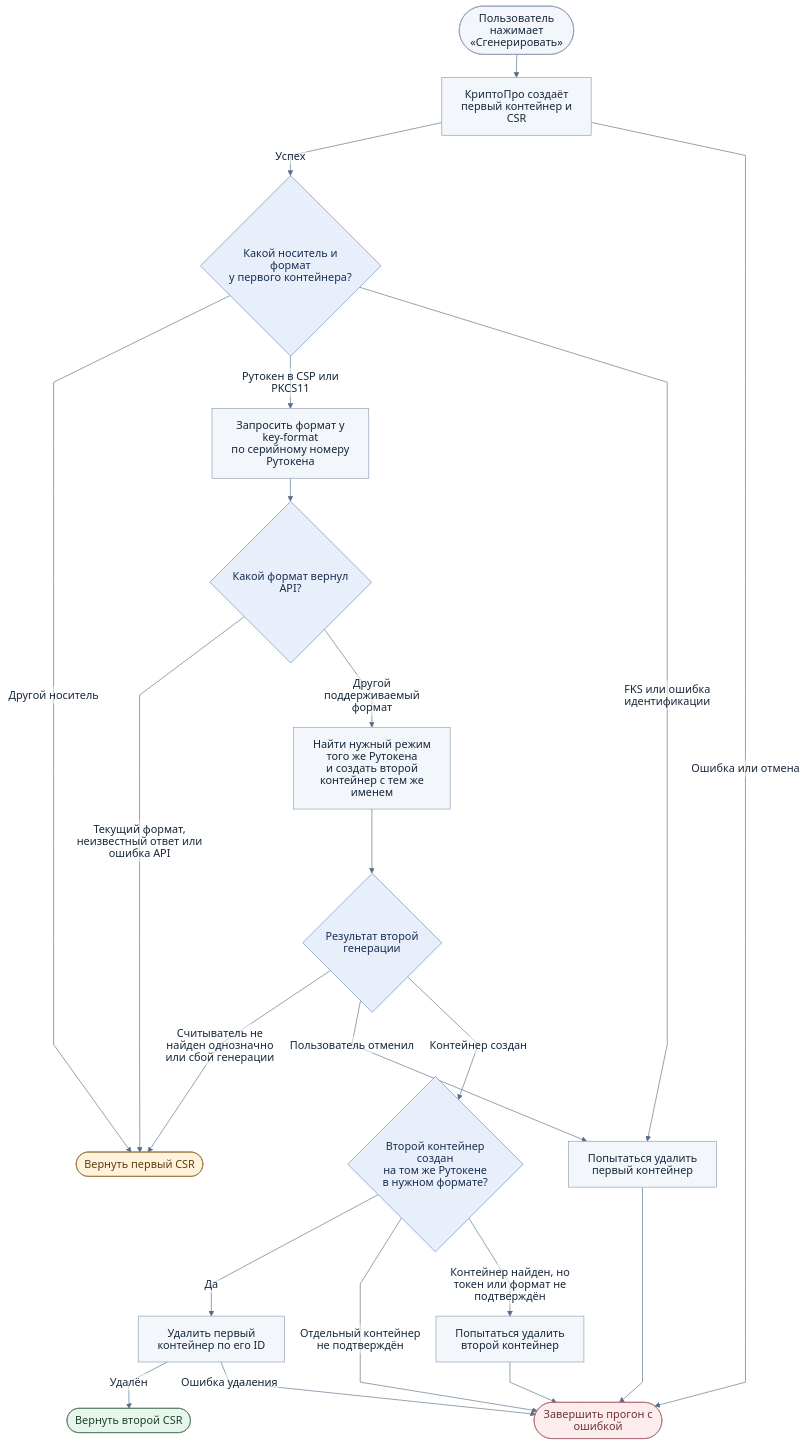
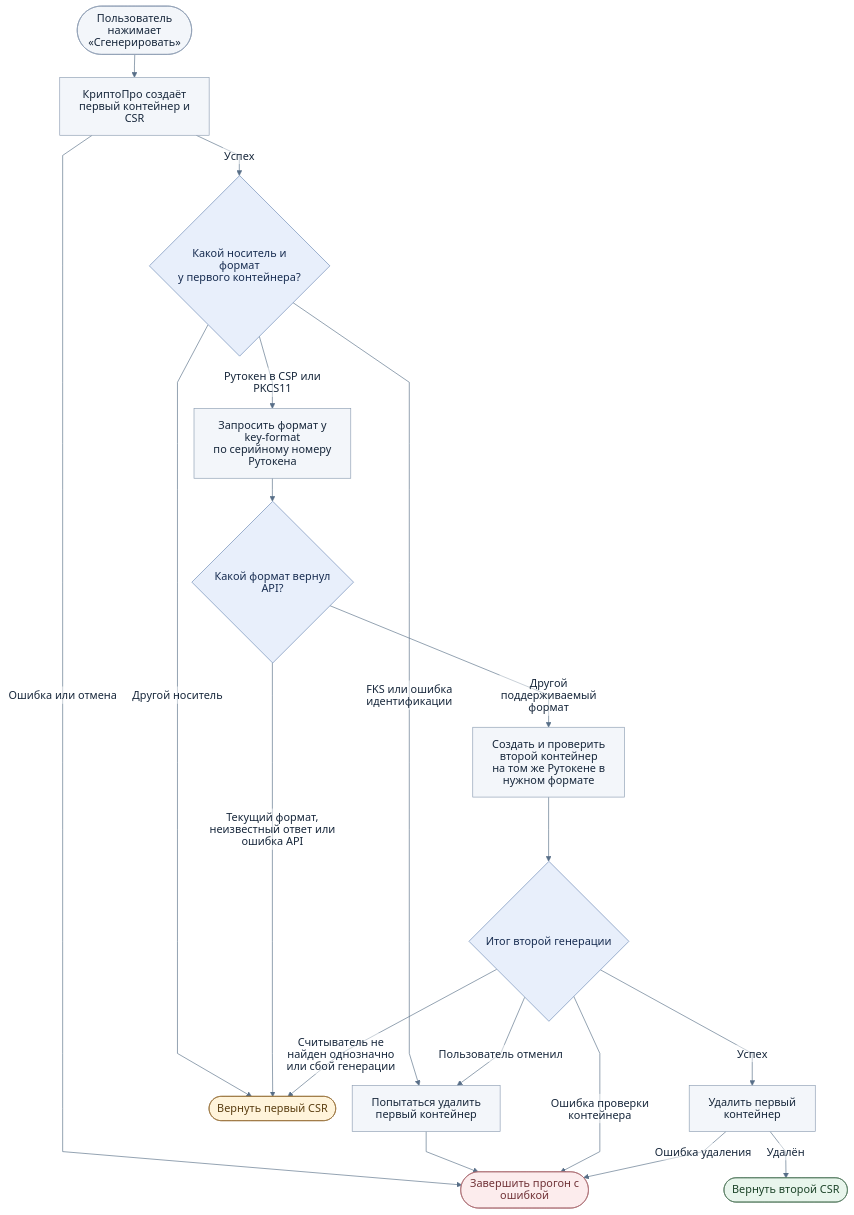
The diagram in reissue/reissue-flow.mmd (psevdomak/crypto-test), drawn with Mermaid before and after one commit. The commit also changed 2 other files, not shown here.

Commit message:
Combine final-container generation and verification in the diagram

```diff
--- a/reissue/reissue-flow.mmd
+++ b/reissue/reissue-flow.mmd
@@ -1,65 +1,61 @@
 ---
 config:
   theme: base
   htmlLabels: false
   themeCSS: |
     text { font-family: system-ui, sans-serif; }
     .background { fill: #fff; }
   themeVariables:
     fontFamily: 'system-ui, sans-serif'
     fontSize: '17px'
     primaryColor: '#f3f6fa'
     primaryTextColor: '#17273b'
     primaryBorderColor: '#8c9db2'
     lineColor: '#576e87'
     edgeLabelBackground: '#ffffff'
   flowchart:
     curve: linear
     nodeSpacing: 24
     rankSpacing: 36
 ---
 flowchart TD
     accTitle: Динамическая генерация ключей
     accDescr: Выбор формата ключа по серийному номеру Рутокена, повторная генерация, фолбэк и очистка контейнеров.
     START([Пользователь нажимает «Сгенерировать»])
     FIRST["КриптоПро создаёт первый контейнер и CSR"]
     TOKEN{"Какой носитель и формат<br/>у первого контейнера?"}
     API["Запросить формат у key-format<br/>по серийному номеру Рутокена"]
     FORMAT{"Какой формат вернул API?"}
-    SECOND["Найти нужный режим того же Рутокена<br/>и создать второй контейнер с тем же именем"]
-    RESULT{"Результат второй генерации"}
-    CHECK{"Второй контейнер создан<br/>на том же Рутокене<br/>в нужном формате?"}
-    CLEAN["Удалить первый контейнер по его ID"]
+    SECOND["Создать и проверить второй контейнер<br/>на том же Рутокене в нужном формате"]
+    RESULT{"Итог второй генерации"}
+    CLEAN["Удалить первый контейнер"]
     KEEP([Вернуть первый CSR])
     DONE([Вернуть второй CSR])
     FAIL([Завершить прогон с ошибкой])
 
     START --> FIRST
     FIRST -->|Успех| TOKEN
     FIRST -->|Ошибка или отмена| FAIL
     TOKEN -->|Другой носитель| KEEP
     TOKEN -->|Рутокен в CSP или PKCS11| API
     TOKEN -->|FKS или ошибка идентификации| DROP1["Попытаться удалить первый контейнер"] --> FAIL
 
     API --> FORMAT
     FORMAT -->|Текущий формат, неизвестный ответ или ошибка API| KEEP
     FORMAT -->|Другой поддерживаемый формат| SECOND
     SECOND --> RESULT
     RESULT -->|Считыватель не найден однозначно или сбой генерации| KEEP
     RESULT -->|Пользователь отменил| DROP1
-    RESULT -->|Контейнер создан| CHECK
-
-    CHECK -->|Да| CLEAN
-    CHECK -->|Отдельный контейнер не подтверждён| FAIL
-    CHECK -->|Контейнер найден, но токен или формат не подтверждён| DROP2["Попытаться удалить второй контейнер"] --> FAIL
+    RESULT -->|Успех| CLEAN
+    RESULT -->|Ошибка проверки контейнера| FAIL
     CLEAN -->|Удалён| DONE
     CLEAN -->|Ошибка удаления| FAIL
 
     classDef choice fill:#e8effb,stroke:#6986b3,color:#182d51
     classDef success fill:#e8f5ec,stroke:#52785d,color:#1c4328
     classDef fallback fill:#fff4db,stroke:#97713a,color:#593d10
     classDef failure fill:#fceced,stroke:#ab6c72,color:#6f3136
-    class TOKEN,FORMAT,RESULT,CHECK choice
+    class TOKEN,FORMAT,RESULT choice
     class DONE success
     class KEEP fallback
     class FAIL failure
```
